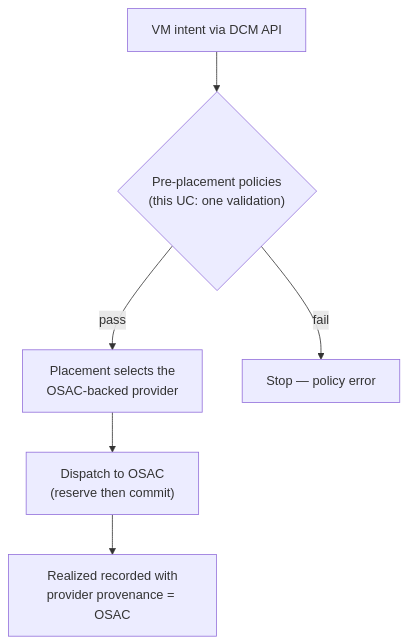
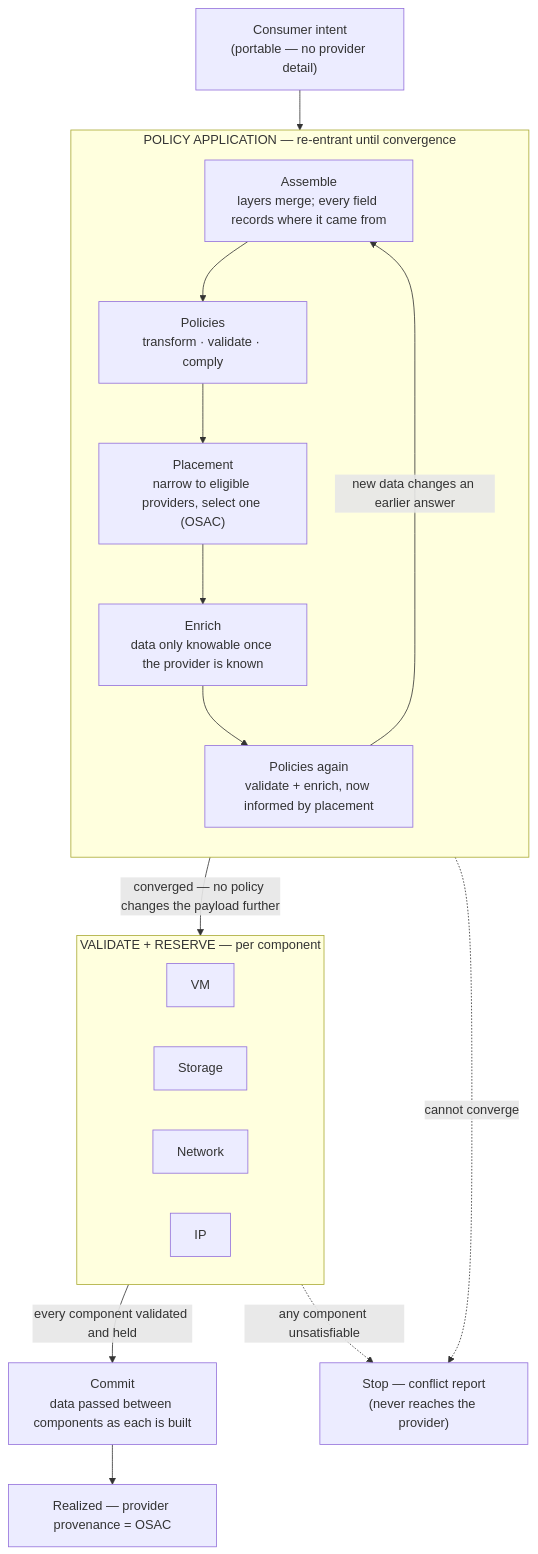
The diagram in docs/flows/uc-04-vm-intent-osac-placement.md (croadfeldt/udlm), drawn with Mermaid before and after one commit. The commit also changed other lines of this file and 2 other files, not shown here.

First line of the commit message:
docs(flows): correct the convergence model; answer who/what/when on UC-04

````diff
--- a/docs/flows/uc-04-vm-intent-osac-placement.md
+++ b/docs/flows/uc-04-vm-intent-osac-placement.md
@@ -25,8 +31,30 @@
 ```mermaid
 flowchart TD
-  I["VM intent via DCM API"] --> V{"Pre-placement policies<br/>(this UC: one validation)"}
-  V -- pass --> P["Placement selects the<br/>OSAC-backed provider"]
-  V -- fail --> X["Stop — policy error"]
-  P --> D["Dispatch to OSAC<br/>(reserve then commit)"]
-  D --> R["Realized recorded with<br/>provider provenance = OSAC"]
+  I["Consumer intent<br/>(portable — no provider detail)"] --> CONV
+
+  subgraph CONV["POLICY APPLICATION — re-entrant until convergence"]
+    direction TB
+    A["Assemble<br/>layers merge; every field records where it came from"]
+    A --> PO["Policies<br/>transform · validate · comply"]
+    PO --> PL["Placement<br/>narrow to eligible providers, select one (OSAC)"]
+    PL --> EN["Enrich<br/>data only knowable once the provider is known"]
+    EN --> PO2["Policies again<br/>validate + enrich, now informed by placement"]
+    PO2 -->|"new data changes an earlier answer"| A
+  end
+
+  CONV -->|"converged — no policy changes the payload further"| VR
+
+  subgraph VR["VALIDATE + RESERVE — per component"]
+    direction LR
+    CVM["VM"]
+    CST["Storage"]
+    CNW["Network"]
+    CIP["IP"]
+  end
+
+  VR -->|"every component validated and held"| CM["Commit<br/>data passed between components as each is built"]
+  CM --> R["Realized — provider provenance = OSAC"]
+
+  CONV -.->|"cannot converge"| X["Stop — conflict report<br/>(never reaches the provider)"]
+  VR -.->|"any component unsatisfiable"| X
 ```
````
